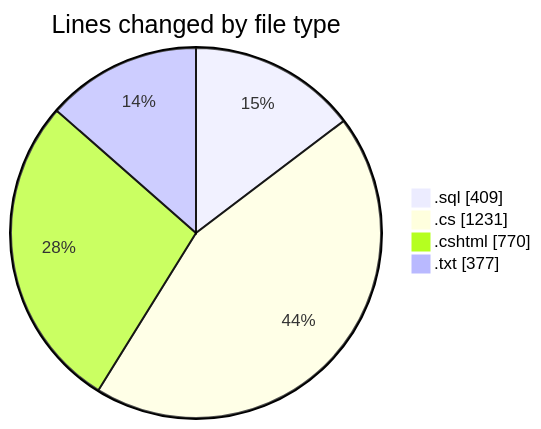
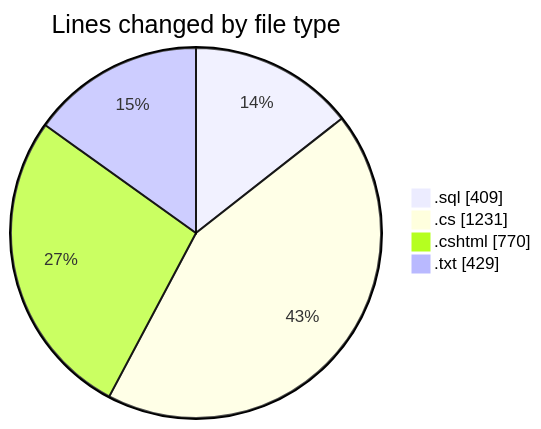
Before and after one commit to lephambinh05/code-tracking: the first of 2 diagrams in 2025-07-23/quanlyrapchieuphim/README.md, drawn with Mermaid. The commit also changed other lines of this file and 1 other file, not shown here.

````diff
--- a/2025-07-23/quanlyrapchieuphim/README.md
+++ b/2025-07-23/quanlyrapchieuphim/README.md
@@ -27,8 +27,8 @@
 ```mermaid
 pie showData
 title Lines changed by file type
 ".sql" : 409
 ".cs" : 1231
 ".cshtml" : 770
-".txt" : 377
+".txt" : 429
 ```
````
